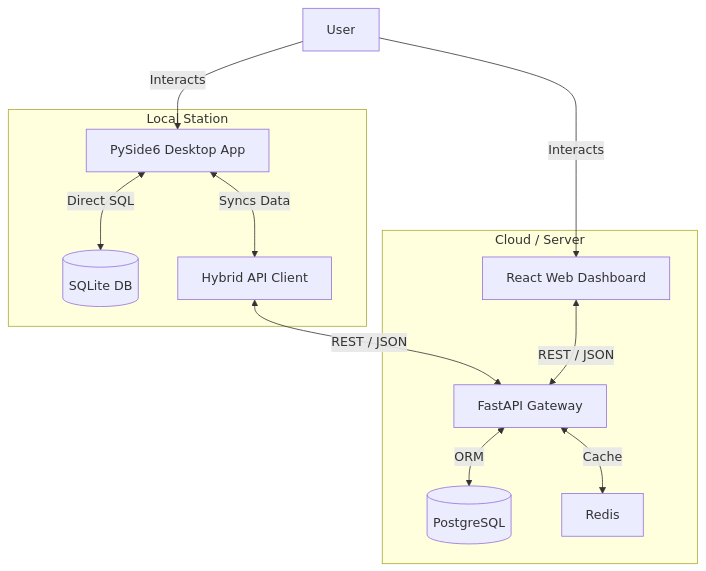
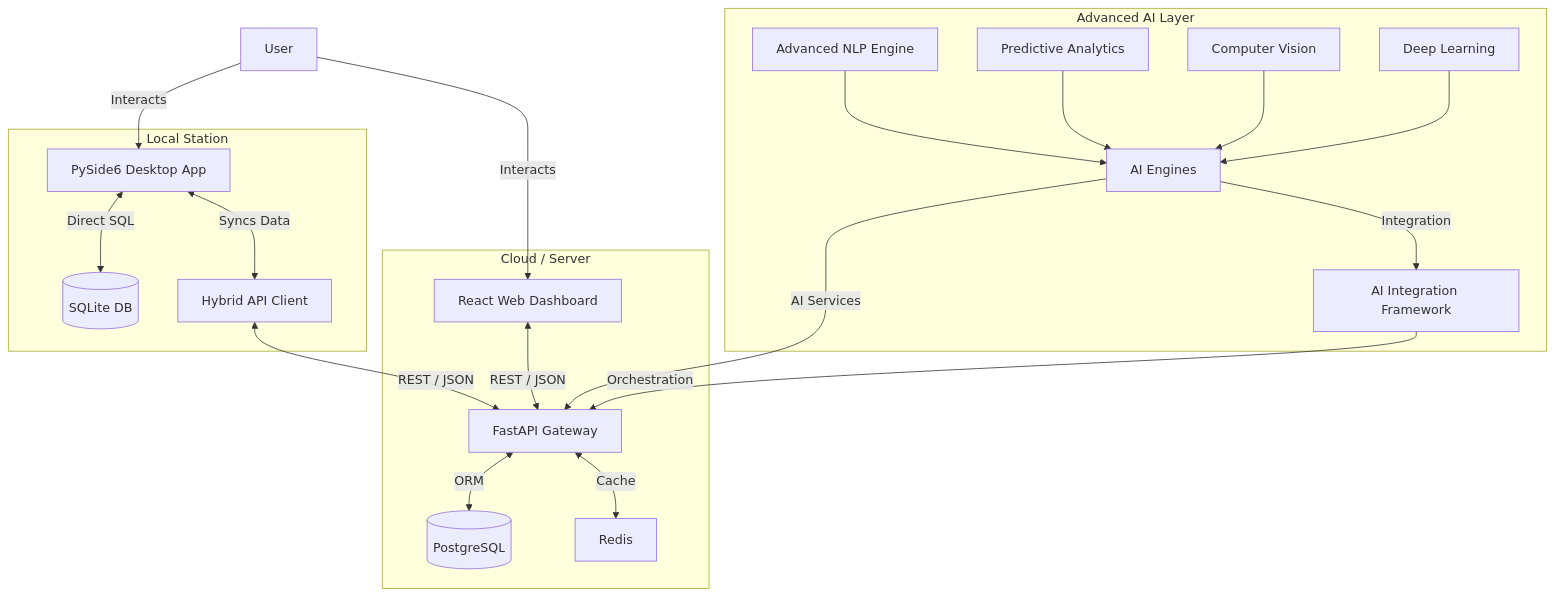
The diagram in README.md (Mirxou/Standard_El-joumla), drawn with Mermaid before and after one commit. The commit also changed other lines of this file and 1244 other files, not shown here.

````diff
--- a/README.md
+++ b/README.md
@@ -166,17 +262,28 @@
 ```mermaid
 graph TD
     User[User] -->|Interacts| DesktopApp[PySide6 Desktop App]
     User -->|Interacts| WebApp[React Web Dashboard]
     
     subgraph "Local Station"
         DesktopApp <-->|Direct SQL| LocalDB[(SQLite DB)]
         DesktopApp <-->|Syncs Data| APIClient[Hybrid API Client]
     end
     
     subgraph "Cloud / Server"
         APIClient <-->|REST / JSON| APIGateway[FastAPI Gateway]
         WebApp <-->|REST / JSON| APIGateway
         APIGateway <-->|ORM| ProdDB[(PostgreSQL)]
         APIGateway <-->|Cache| Redis[Redis]
     end
+    
+    subgraph "Advanced AI Layer"
+        AdvancedNLP[Advanced NLP Engine] --> AIEngines[AI Engines]
+        PredictiveAnalytics[Predictive Analytics] --> AIEngines
+        ComputerVision[Computer Vision] --> AIEngines
+        DeepLearning[Deep Learning] --> AIEngines
+        
+        AIEngines -->|AI Services| APIGateway
+        AIEngines -->|Integration| AIIntegration[AI Integration Framework]
+        AIIntegration -->|Orchestration| APIGateway
+    end
 ```
````
